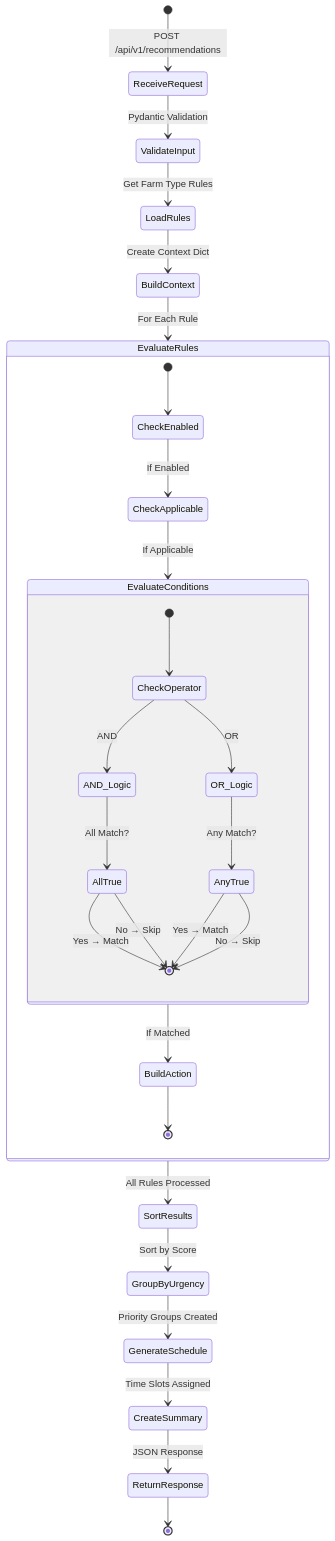
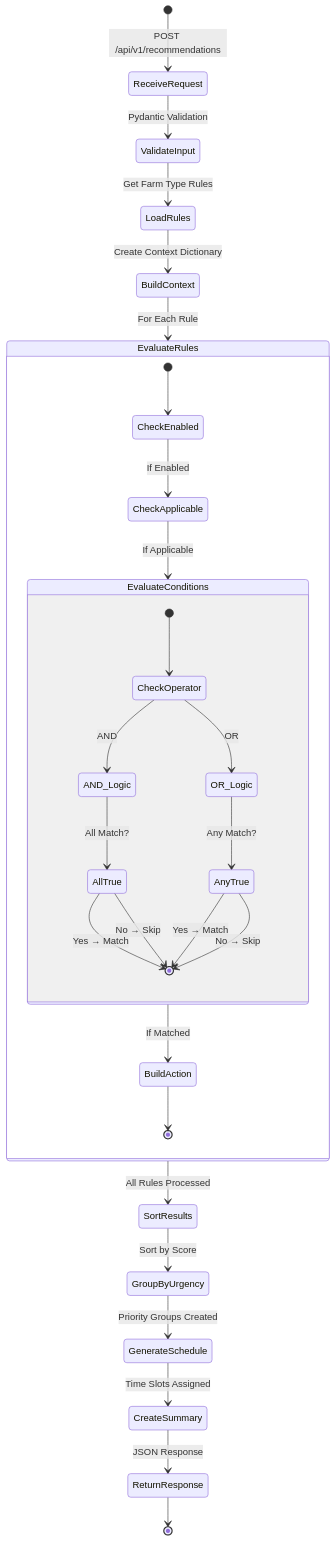
Before and after one commit to Ismat-Samadov/rule_based_system: the second of 3 diagrams in backend/README.md, drawn with Mermaid. The commit also changed other lines of this file and 29 other files, not shown here.

````diff
--- a/backend/README.md
+++ b/backend/README.md
@@ -113,42 +112,42 @@
 ```mermaid
 stateDiagram-v2
     [*] --> ReceiveRequest: POST /api/v1/recommendations
 
     ReceiveRequest --> ValidateInput: Pydantic Validation
     ValidateInput --> LoadRules: Get Farm Type Rules
 
-    LoadRules --> BuildContext: Create Context Dict
+    LoadRules --> BuildContext: Create Context Dictionary
     BuildContext --> EvaluateRules: For Each Rule
 
     state EvaluateRules {
         [*] --> CheckEnabled
         CheckEnabled --> CheckApplicable: If Enabled
         CheckApplicable --> EvaluateConditions: If Applicable
 
         state EvaluateConditions {
             [*] --> CheckOperator
             CheckOperator --> AND_Logic: AND
             CheckOperator --> OR_Logic: OR
 
             AND_Logic --> AllTrue: All Match?
             OR_Logic --> AnyTrue: Any Match?
 
             AllTrue --> [*]: Yes → Match
             AnyTrue --> [*]: Yes → Match
             AllTrue --> [*]: No → Skip
             AnyTrue --> [*]: No → Skip
         }
 
         EvaluateConditions --> BuildAction: If Matched
         BuildAction --> [*]
     }
 
     EvaluateRules --> SortResults: All Rules Processed
     SortResults --> GroupByUrgency: Sort by Score
 
     GroupByUrgency --> GenerateSchedule: Priority Groups Created
     GenerateSchedule --> CreateSummary: Time Slots Assigned
     CreateSummary --> ReturnResponse: JSON Response
 
     ReturnResponse --> [*]
 ```
````
